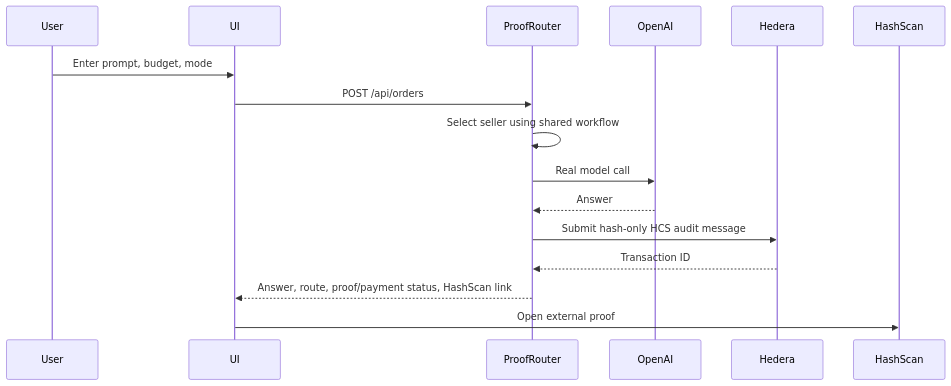
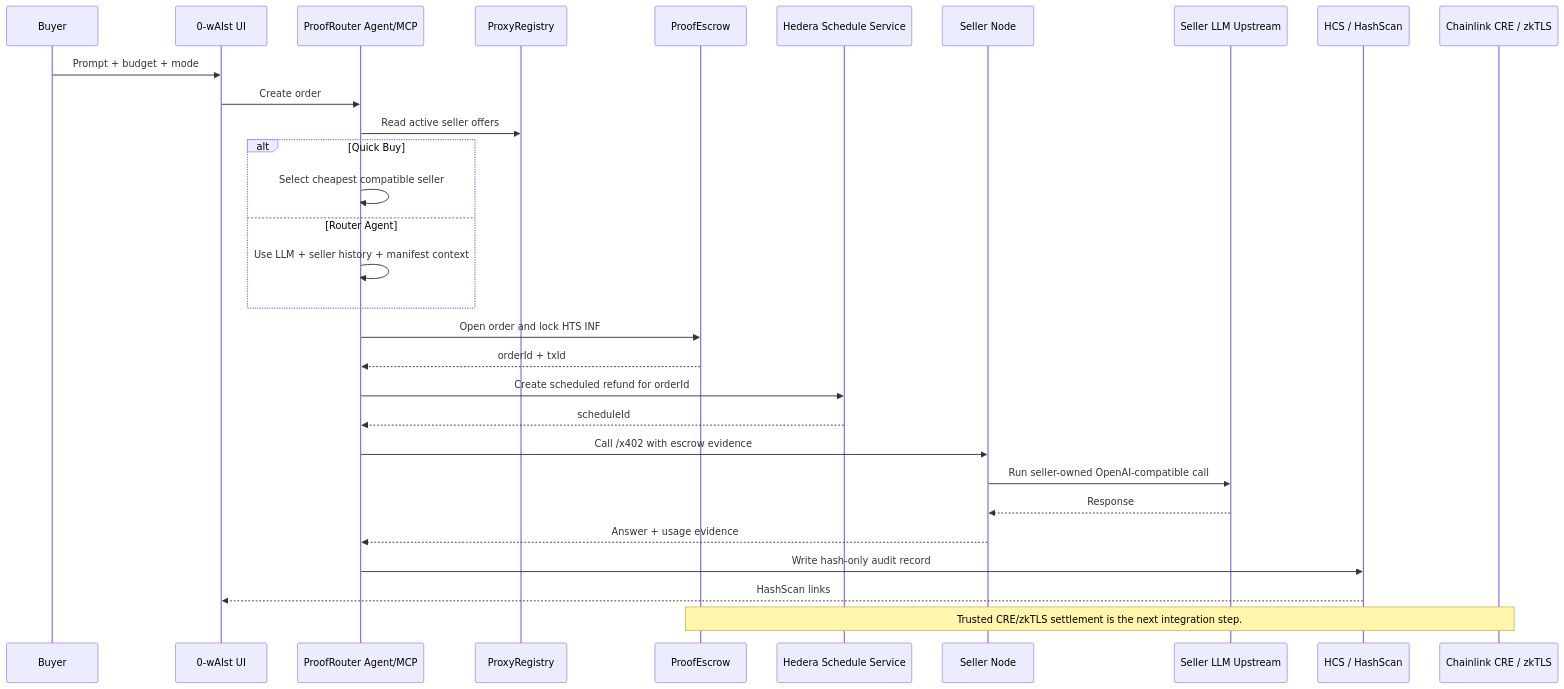
One commit to kirilligum/0-wAIst-hack-ethglobal-nyc-26 changed the second of 3 diagrams in README.md. Above: the diagram before and after it, drawn with Mermaid. The commit also changed other lines of this file and 2 other files, not shown here.

````diff
--- a/README.md
+++ b/README.md
@@ -80,19 +62,33 @@
 ```mermaid
 sequenceDiagram
-    participant User
-    participant UI
-    participant Router as ProofRouter
-    participant OpenAI
-    participant Hedera
-    participant HashScan
+    participant Buyer
+    participant UI as 0-wAIst UI
+    participant Router as ProofRouter Agent/MCP
+    participant Registry as ProxyRegistry
+    participant Escrow as ProofEscrow
+    participant Schedule as Hedera Schedule Service
+    participant Seller as Seller Node
+    participant LLM as Seller LLM Upstream
+    participant Audit as HCS / HashScan
+    participant CRE as Chainlink CRE / zkTLS
 
-    User->>UI: Enter prompt, budget, mode
-    UI->>Router: POST /api/orders
-    Router->>Router: Select seller using shared workflow
-    Router->>OpenAI: Real model call
-    OpenAI-->>Router: Answer
-    Router->>Hedera: Submit hash-only HCS audit message
-    Hedera-->>Router: Transaction ID
-    Router-->>UI: Answer, route, proof/payment status, HashScan link
-    UI->>HashScan: Open external proof
+    Buyer->>UI: Prompt + budget + mode
+    UI->>Router: Create order
+    Router->>Registry: Read active seller offers
+    alt Quick Buy
+        Router->>Router: Select cheapest compatible seller
+    else Router Agent
+        Router->>Router: Use LLM + seller history + manifest context
+    end
+    Router->>Escrow: Open order and lock HTS INF
+    Escrow-->>Router: orderId + txId
+    Router->>Schedule: Create scheduled refund for orderId
+    Schedule-->>Router: scheduleId
+    Router->>Seller: Call /x402 with escrow evidence
+    Seller->>LLM: Run seller-owned OpenAI-compatible call
+    LLM-->>Seller: Response
+    Seller-->>Router: Answer + usage evidence
+    Router->>Audit: Write hash-only audit record
+    Audit-->>UI: HashScan links
+    Note over CRE,Escrow: Trusted CRE/zkTLS settlement is the next integration step.
 ```
````
